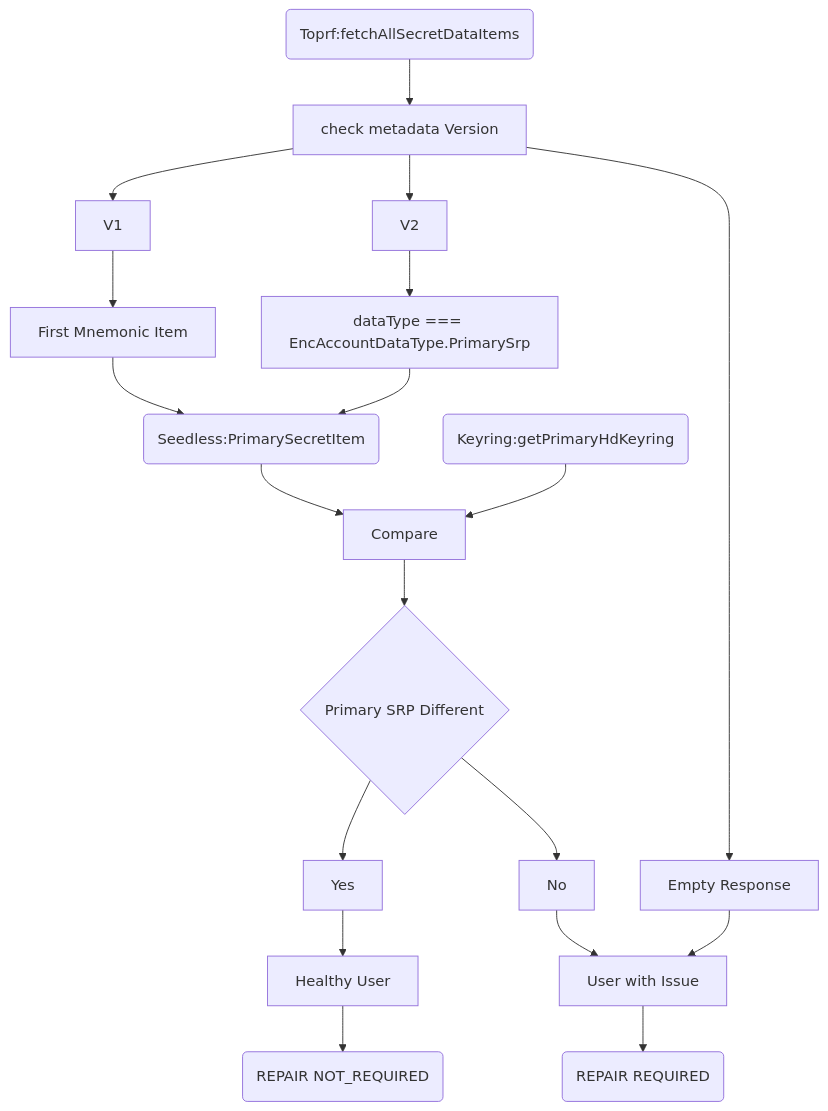
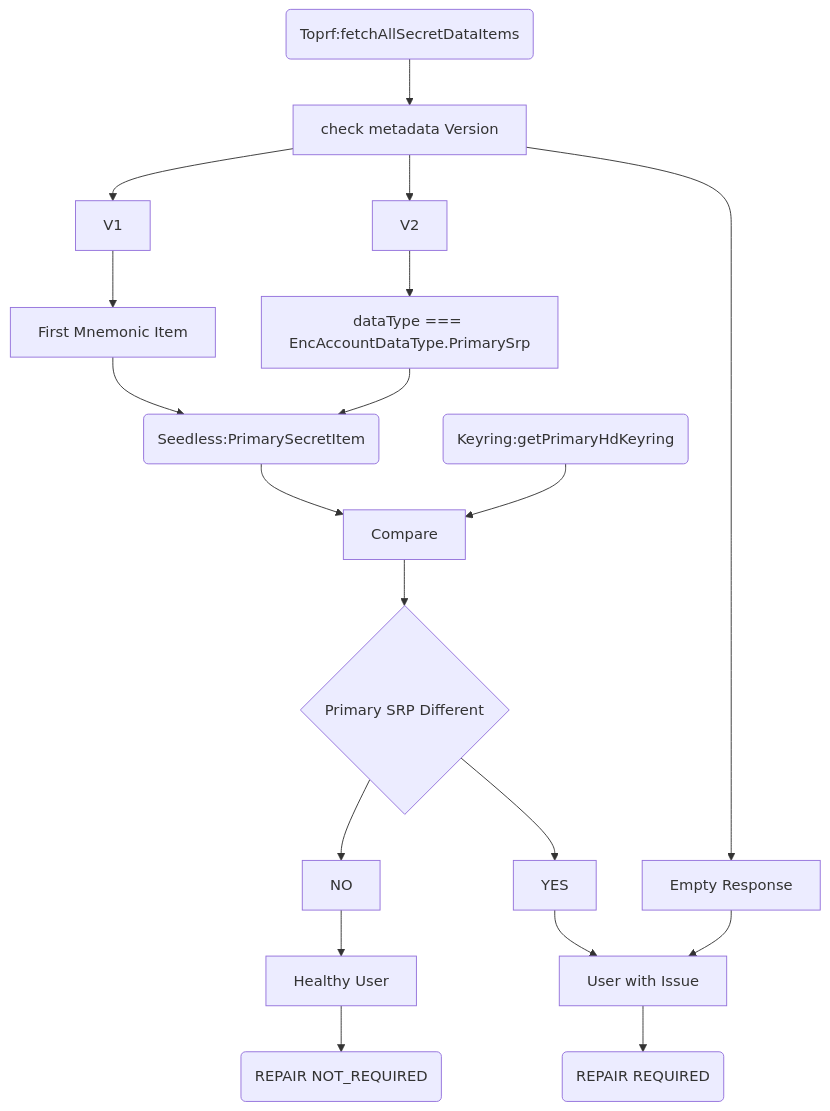
The first of 5 diagrams in packages/seedless-onboarding-controller/docs/identify-incomplete-metadata-users.md (MetaMask/core), drawn with Mermaid before and after one commit. The commit also changed 12 other files, not shown here.

````diff
--- a/packages/seedless-onboarding-controller/docs/identify-incomplete-metadata-users.md
+++ b/packages/seedless-onboarding-controller/docs/identify-incomplete-metadata-users.md
@@ -25,36 +25,36 @@
 ```mermaid
 flowchart TB
     n3["Toprf:fetchAllSecretDataItems"] --> n4["check metadata Version"]
     n4 --> n5["V1"] & n6["V2"] & n16["Empty Response"]
     n5 --> n8["First Mnemonic Item"]
     n6 --> n9["dataType === EncAccountDataType.PrimarySrp"]
     n8 --> n7["Seedless:PrimarySecretItem"]
     n9 --> n7
     n7 --> n10["Compare"]
     n1["Keyring:getPrimaryHdKeyring"] --> n10
     n10 --> n11["Primary SRP Different"]
-    n11 --> n14["Yes"] & n15["No"]
+    n11 --> n14["NO"] & n15["YES"]
     n14 --> n12["Healthy User"]
     n15 --> n13["User with Issue"]
     n16 --> n13
     n13 --> n17["REPAIR REQUIRED"]
     n12 --> n18["REPAIR NOT_REQUIRED"]
 
     n3@{ shape: rounded}
     n4@{ shape: rect}
     n5@{ shape: rect}
     n6@{ shape: rect}
     n16@{ shape: rect}
     n8@{ shape: rect}
     n9@{ shape: rect}
     n7@{ shape: rounded}
     n10@{ shape: rect}
     n1@{ shape: rounded}
     n11@{ shape: diam}
     n14@{ shape: rect}
     n15@{ shape: rect}
     n12@{ shape: rect}
     n13@{ shape: rect}
     n17@{ shape: rounded}
     n18@{ shape: rounded}
 ```
````
